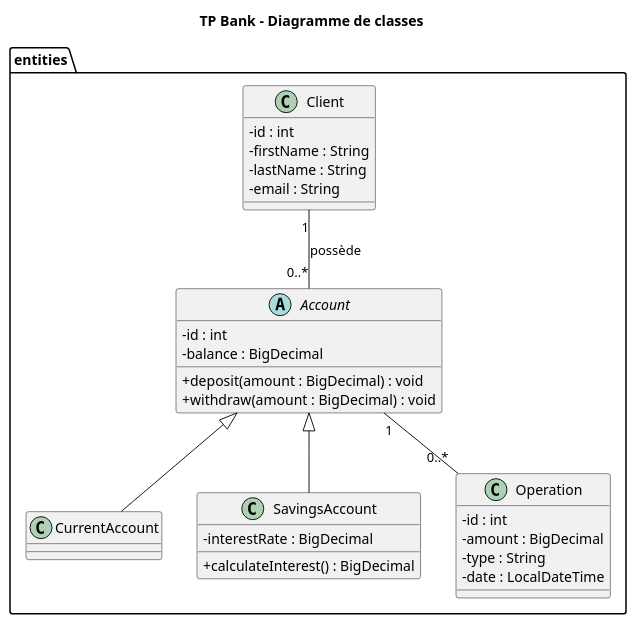
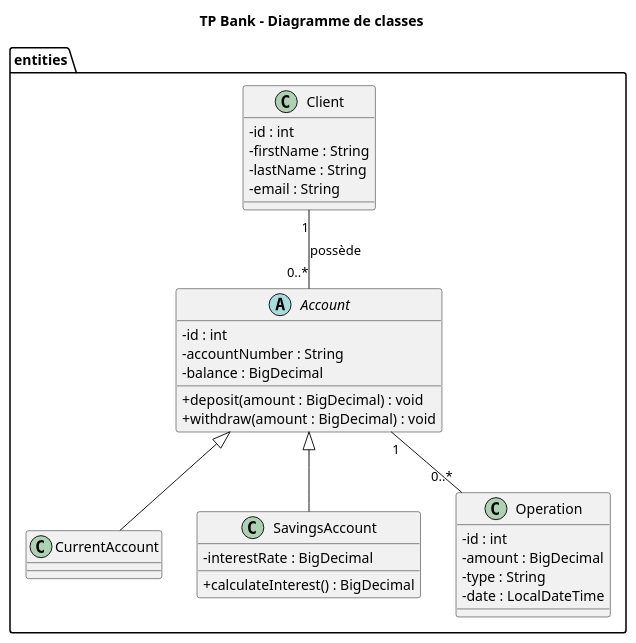
The diagram in doc/DiagrammeClasses.puml (alfaro-b/TPBank-DesignPattern), drawn with PlantUML before and after one commit. The commit also changed 4 other files, not shown here.

Commit message:
Ajout de l'attribut accountNumber à Account

```diff
--- a/doc/DiagrammeClasses.puml
+++ b/doc/DiagrammeClasses.puml
@@ -2,49 +2,50 @@
 @startuml
 
 skinparam classAttributeIconSize 0
 
 title TP Bank - Diagramme de classes
 
 package entities {
 
     class Client {
         - id : int
         - firstName : String
         - lastName : String
         - email : String
     }
 
     abstract class Account {
         - id : int
+    	- accountNumber : String
         - balance : BigDecimal
 
         + deposit(amount : BigDecimal) : void
         + withdraw(amount : BigDecimal) : void
     }
 
     class CurrentAccount {
     }
 
     class SavingsAccount {
         - interestRate : BigDecimal
 
         + calculateInterest() : BigDecimal
     }
 
     class Operation {
         - id : int
         - amount : BigDecimal
         - type : String
         - date : LocalDateTime
     }
 
 
     Client "1" -- "0..*" Account : possède
     Account "1" -- "0..*" Operation
 
     Account <|-- CurrentAccount
     Account <|-- SavingsAccount
 
 }
 
 @enduml
```
